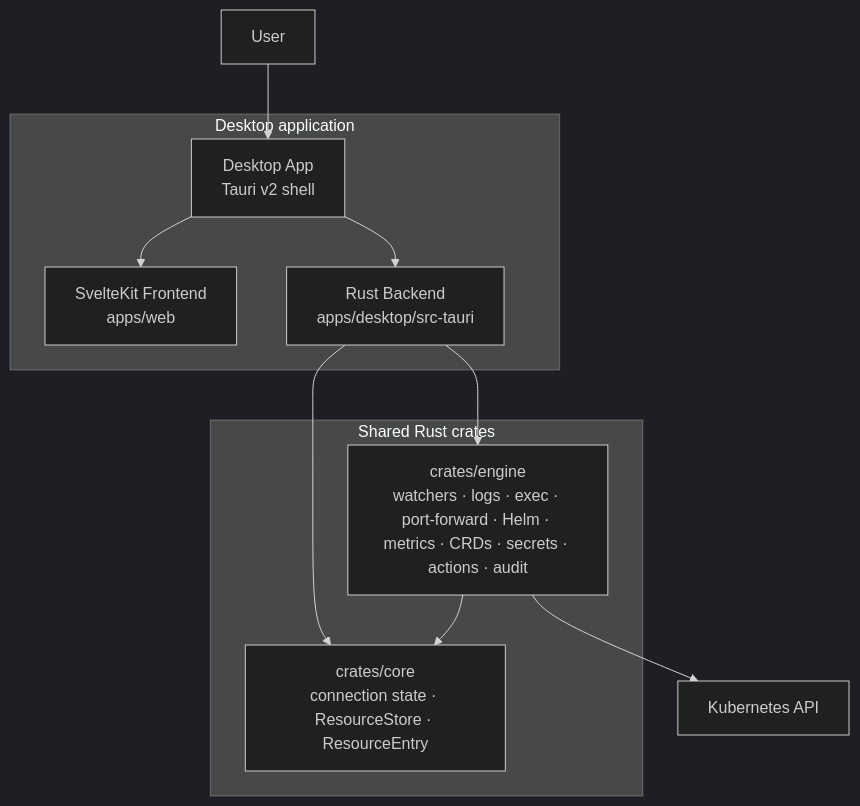
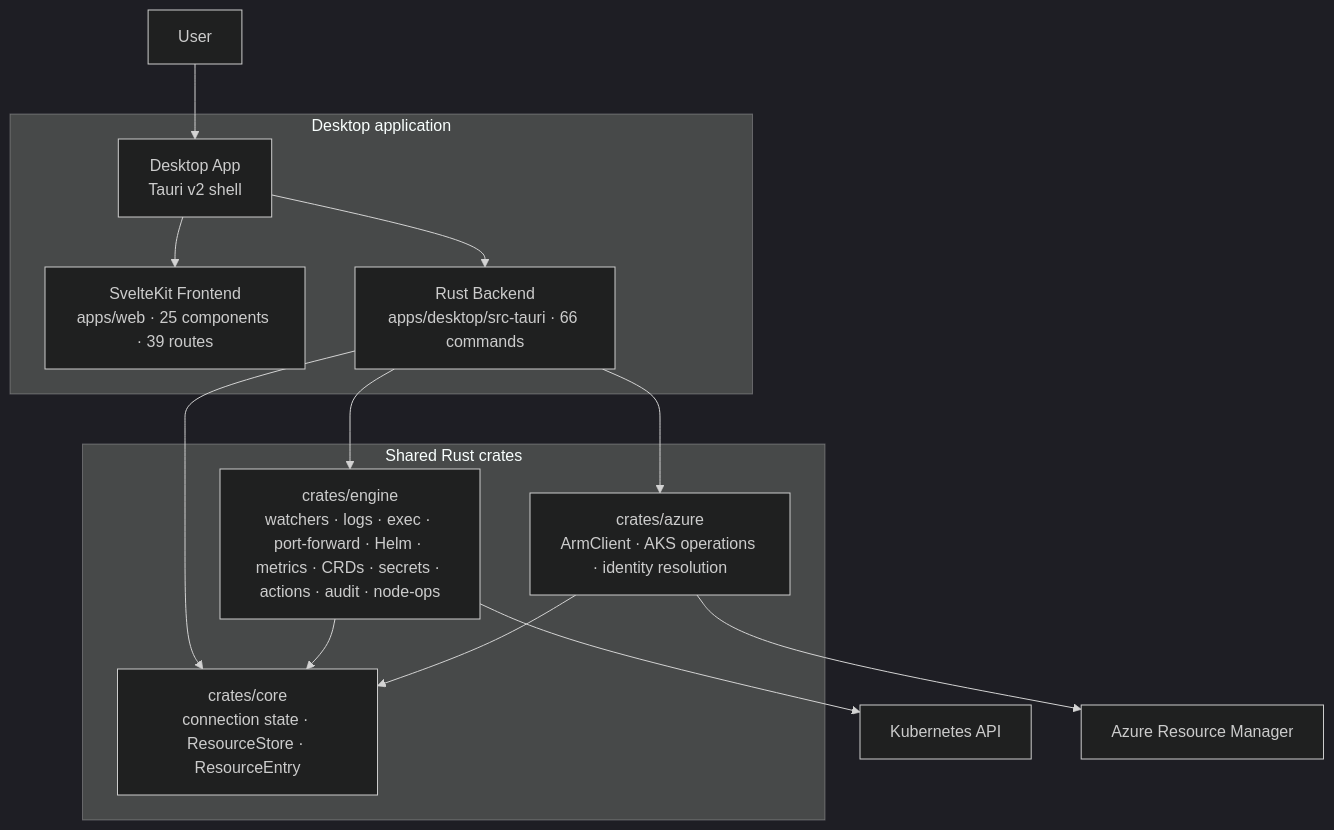
Before and after one commit to adamdost-0/Telescope: the first of 5 diagrams in docs/diagrams/architecture.md, drawn with Mermaid (dark theme). The commit also changed other lines of this file and 6 other files, not shown here.

First line of the commit message:
docs: rewrite 7 technical docs for v1.0.0 desktop-only + Azure ARM

````diff
--- a/docs/diagrams/architecture.md
+++ b/docs/diagrams/architecture.md
@@ -9,23 +9,28 @@
 ```mermaid
 flowchart TB
     userDesktop["User"]
     k8s["Kubernetes API"]
+    arm["Azure Resource Manager"]
 
     subgraph desktopMode["Desktop application"]
         desktopApp["Desktop App<br/>Tauri v2 shell"]
-        webUi["SvelteKit Frontend<br/>apps/web"]
-        rustBackend["Rust Backend<br/>apps/desktop/src-tauri"]
+        webUi["SvelteKit Frontend<br/>apps/web · 25 components · 39 routes"]
+        rustBackend["Rust Backend<br/>apps/desktop/src-tauri · 66 commands"]
     end
 
     subgraph sharedRust["Shared Rust crates"]
-        engine["crates/engine<br/>watchers · logs · exec · port-forward · Helm · metrics · CRDs · secrets · actions · audit"]
+        engine["crates/engine<br/>watchers · logs · exec · port-forward · Helm · metrics · CRDs · secrets · actions · audit · node-ops"]
+        azure["crates/azure<br/>ArmClient · AKS operations · identity resolution"]
         core["crates/core<br/>connection state · ResourceStore · ResourceEntry"]
     end
 
     userDesktop --> desktopApp --> webUi
     desktopApp --> rustBackend
     rustBackend --> engine
+    rustBackend --> azure
     rustBackend --> core
     engine --> core
+    azure --> core
     engine --> k8s
+    azure --> arm
 ```
````
